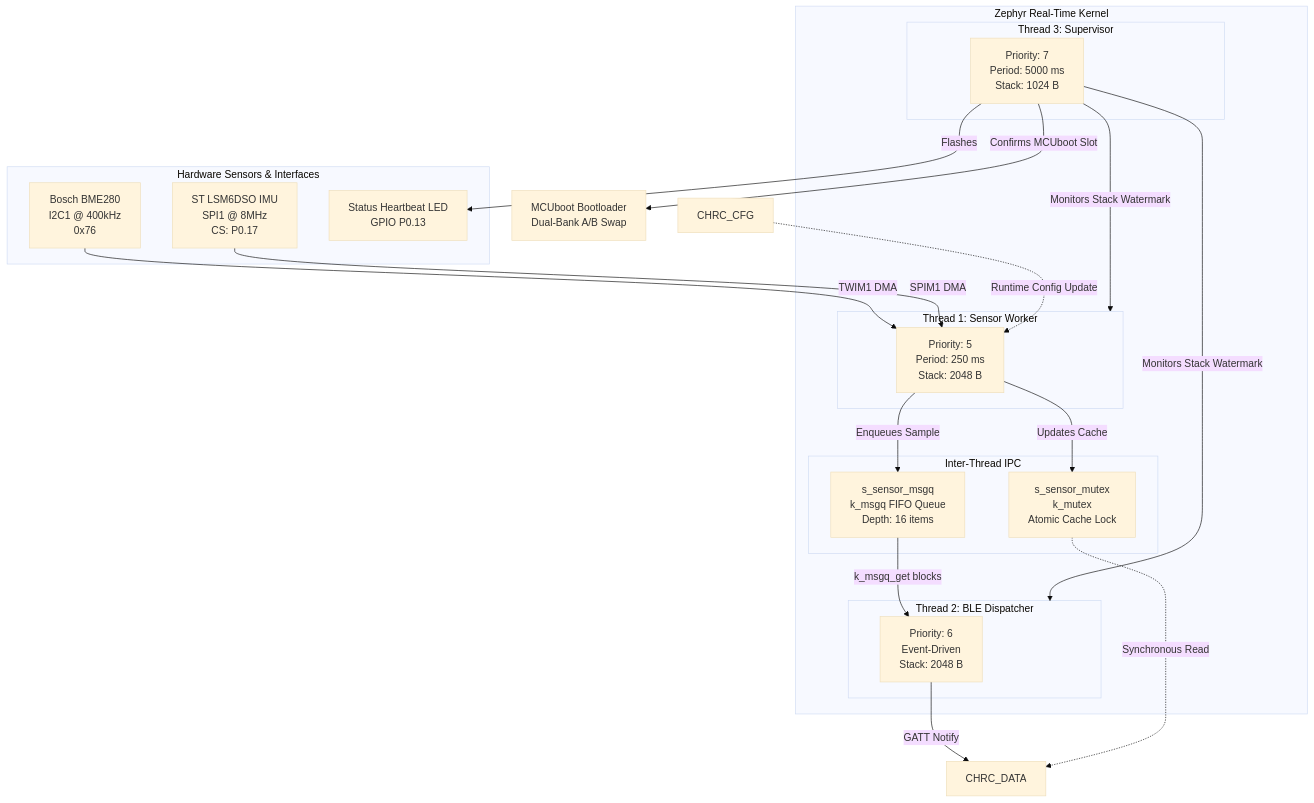
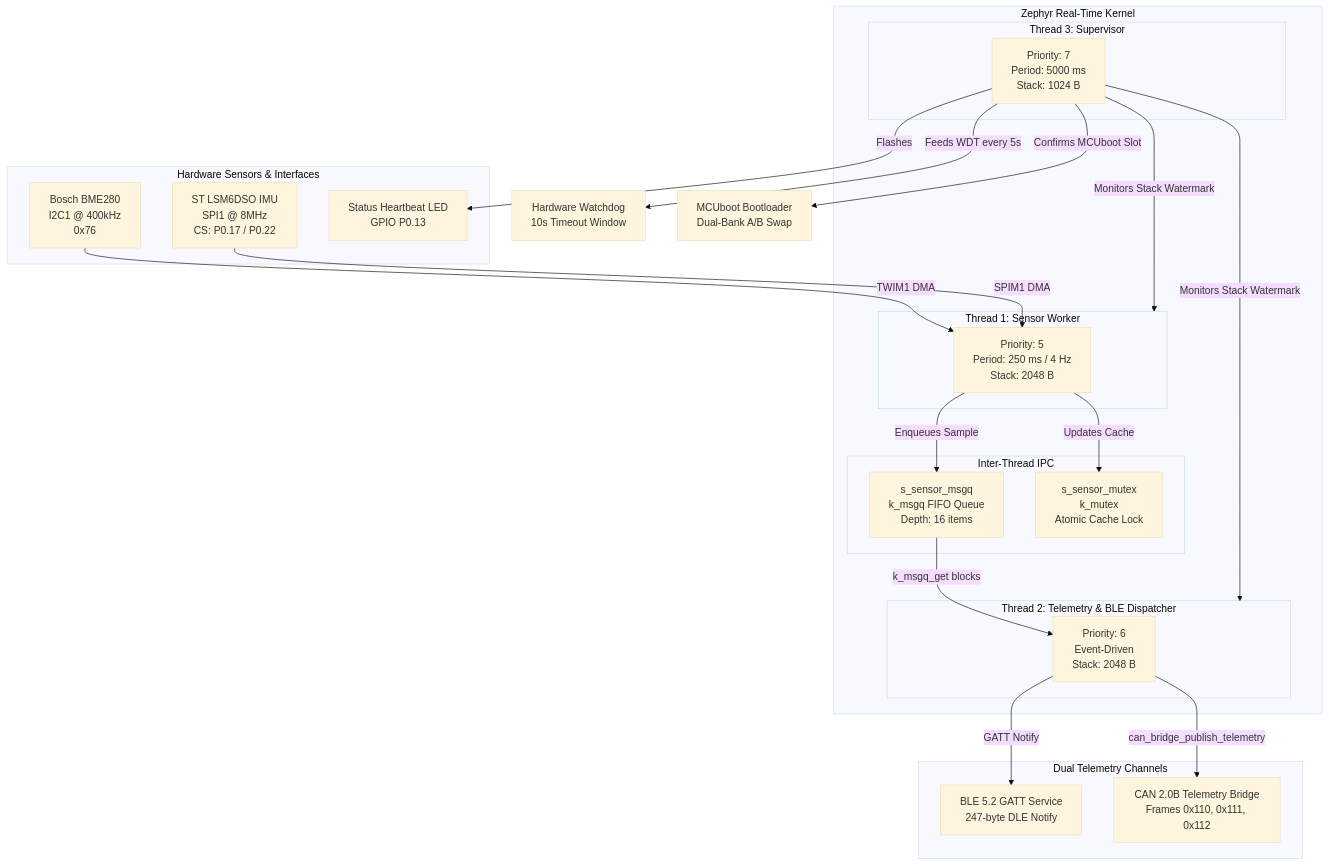
One commit to RishobanK/IDE changed the first of 2 diagrams in README.md. Above: the diagram before and after it, drawn with Mermaid (base theme). The commit also changed other lines of this file and 1 other file, not shown here.

Commit message:
docs: update TECHNICAL_SUMMARY and README with CAN telemetry and hardware specs

````diff
--- a/README.md
+++ b/README.md
@@ -16,44 +17,48 @@
 ```mermaid
 graph TD
     subgraph Hardware_Peripherals [Hardware Sensors & Interfaces]
         BME280[Bosch BME280<br/>I2C1 @ 400kHz<br/>0x76]
-        LSM6DSO[ST LSM6DSO IMU<br/>SPI1 @ 8MHz<br/>CS: P0.17]
+        LSM6DSO[ST LSM6DSO IMU<br/>SPI1 @ 8MHz<br/>CS: P0.17 / P0.22]
         LED0[Status Heartbeat LED<br/>GPIO P0.13]
     end
 
     subgraph Zephyr_Kernel [Zephyr Real-Time Kernel]
         subgraph Thread_1 [Thread 1: Sensor Worker]
-            T1_Desc[Priority: 5<br/>Period: 250 ms<br/>Stack: 2048 B]
+            T1_Desc[Priority: 5<br/>Period: 250 ms / 4 Hz<br/>Stack: 2048 B]
         end
 
         subgraph Inter_Thread [Inter-Thread IPC]
             MSGQ[s_sensor_msgq<br/>k_msgq FIFO Queue<br/>Depth: 16 items]
             MUTEX[s_sensor_mutex<br/>k_mutex<br/>Atomic Cache Lock]
         end
 
-        subgraph Thread_2 [Thread 2: BLE Dispatcher]
+        subgraph Thread_2 [Thread 2: Telemetry & BLE Dispatcher]
             T2_Desc[Priority: 6<br/>Event-Driven<br/>Stack: 2048 B]
         end
 
         subgraph Thread_3 [Thread 3: Supervisor]
             T3_Desc[Priority: 7<br/>Period: 5000 ms<br/>Stack: 1024 B]
         end
+    end
+
+    subgraph Broadcast_Interfaces [Dual Telemetry Channels]
+        GATT[BLE 5.2 GATT Service<br/>247-byte DLE Notify]
+        CAN[CAN 2.0B Telemetry Bridge<br/>Frames 0x110, 0x111, 0x112]
     end
 
     %% Flow connections
     BME280 -->|TWIM1 DMA| T1_Desc
     LSM6DSO -->|SPIM1 DMA| T1_Desc
     T1_Desc -->|Enqueues Sample| MSGQ
     T1_Desc -->|Updates Cache| MUTEX
 
     MSGQ -->|k_msgq_get blocks| T2_Desc
-    T2_Desc -->|GATT Notify| CHRC_DATA
-
-    MUTEX -.->|Synchronous Read| CHRC_DATA
-    CHRC_CFG -.->|Runtime Config Update| T1_Desc
+    T2_Desc -->|GATT Notify| GATT
+    T2_Desc -->|can_bridge_publish_telemetry| CAN
 
     T3_Desc -->|Flashes| LED0
+    T3_Desc -->|Feeds WDT every 5s| WDT[Hardware Watchdog<br/>10s Timeout Window]
     T3_Desc -->|Monitors Stack Watermark| Thread_1
     T3_Desc -->|Monitors Stack Watermark| Thread_2
     T3_Desc -->|Confirms MCUboot Slot| MCUBOOT[MCUboot Bootloader<br/>Dual-Bank A/B Swap]
 ```
````
